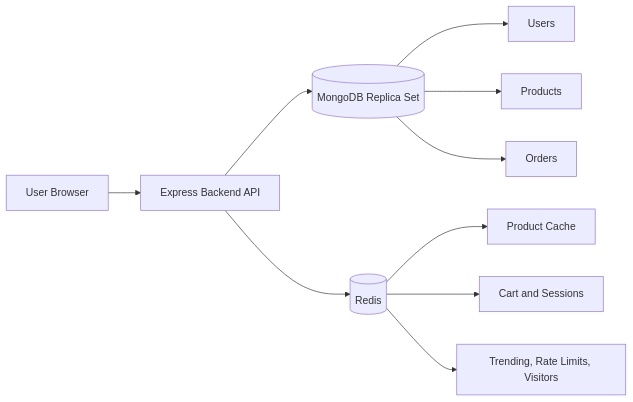
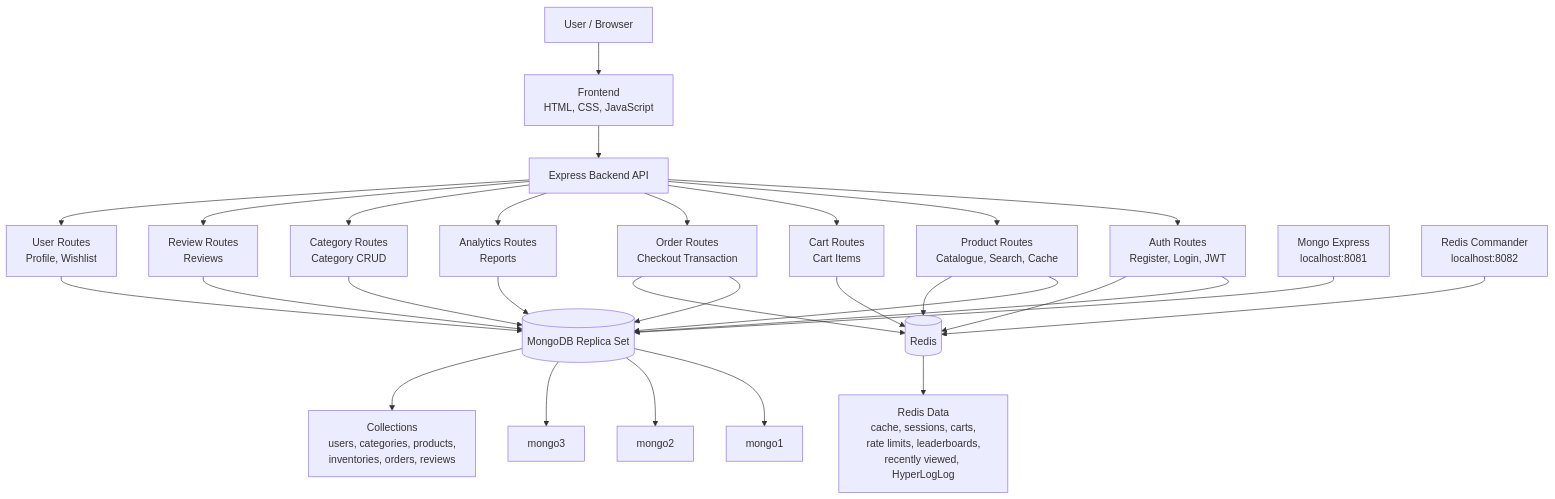
Before and after one commit to liberationzany/DBS302_assignment: the diagram in report.md, drawn with Mermaid. The commit also changed other lines of this file and 2 other files, not shown here.

Commit message:
docs: add system architecture diagram

````diff
--- a/report.md
+++ b/report.md
@@ -30,12 +30,37 @@
 ```mermaid
-flowchart LR
-  User[User Browser] --> API[Express Backend API]
-  API --> Mongo[(MongoDB Replica Set)]
-  API --> Redis[(Redis)]
-  Mongo --> Users[Users]
-  Mongo --> Products[Products]
-  Mongo --> Orders[Orders]
-  Redis --> Cache[Product Cache]
-  Redis --> Cart[Cart and Sessions]
-  Redis --> RealTime[Trending, Rate Limits, Visitors]
+flowchart TB
+  User[User / Browser] --> Frontend[Frontend<br/>HTML, CSS, JavaScript]
+  Frontend --> API[Express Backend API]
+
+  API --> Auth[Auth Routes<br/>Register, Login, JWT]
+  API --> ProductRoutes[Product Routes<br/>Catalogue, Search, Cache]
+  API --> CartRoutes[Cart Routes<br/>Cart Items]
+  API --> OrderRoutes[Order Routes<br/>Checkout Transaction]
+  API --> AnalyticsRoutes[Analytics Routes<br/>Reports]
+  API --> CategoryRoutes[Category Routes<br/>Category CRUD]
+  API --> ReviewRoutes[Review Routes<br/>Reviews]
+  API --> UserRoutes[User Routes<br/>Profile, Wishlist]
+
+  Auth --> Mongo[(MongoDB Replica Set)]
+  ProductRoutes --> Mongo
+  OrderRoutes --> Mongo
+  AnalyticsRoutes --> Mongo
+  CategoryRoutes --> Mongo
+  ReviewRoutes --> Mongo
+  UserRoutes --> Mongo
+
+  ProductRoutes --> Redis[(Redis)]
+  CartRoutes --> Redis
+  OrderRoutes --> Redis
+  Auth --> Redis
+
+  Mongo --> M1[mongo1]
+  Mongo --> M2[mongo2]
+  Mongo --> M3[mongo3]
+
+  Mongo --> Collections[Collections<br/>users, categories, products,<br/>inventories, orders, reviews]
+  Redis --> RedisData[Redis Data<br/>cache, sessions, carts,<br/>rate limits, leaderboards,<br/>recently viewed, HyperLogLog]
+
+  MongoExpress[Mongo Express<br/>localhost:8081] --> Mongo
+  RedisCommander[Redis Commander<br/>localhost:8082] --> Redis
 ```
````
